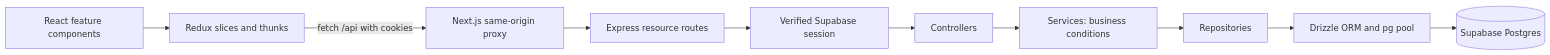
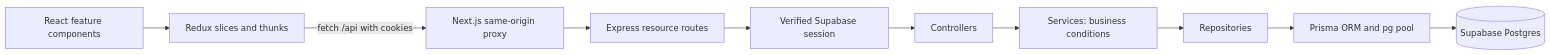
One commit to Itdepartment-b1g/b1g-fuel changed the diagram in docs/ARCHITECTURE.md. Above: the diagram before and after it, drawn with Mermaid. The commit also changed other lines of this file and 60 other files, not shown here.

````diff
--- a/docs/ARCHITECTURE.md
+++ b/docs/ARCHITECTURE.md
@@ -5,12 +5,12 @@
 ```mermaid
 flowchart LR
   UI[React feature components] --> Redux[Redux slices and thunks]
   Redux -->|fetch /api with cookies| Next[Next.js same-origin proxy]
   Next --> Express[Express resource routes]
   Express --> Auth[Verified Supabase session]
   Auth --> Controller[Controllers]
   Controller --> Service[Services: business conditions]
   Service --> Repository[Repositories]
-  Repository --> Drizzle[Drizzle ORM and pg pool]
-  Drizzle --> DB[(Supabase Postgres)]
+  Repository --> Prisma[Prisma ORM and pg pool]
+  Prisma --> DB[(Supabase Postgres)]
 ```
````
